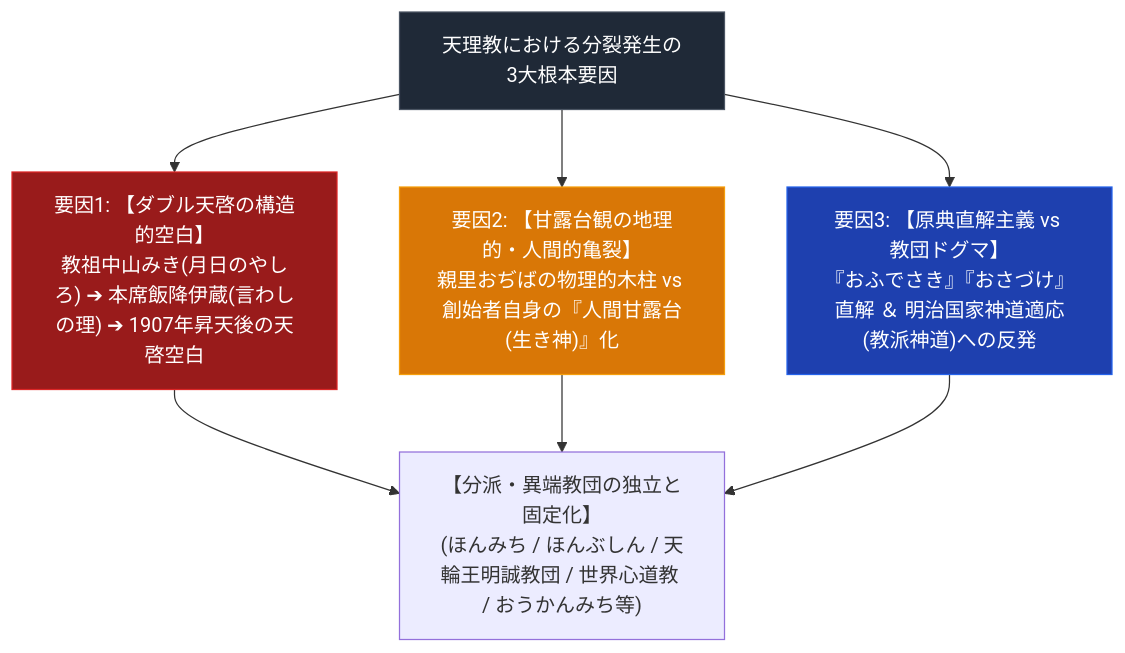
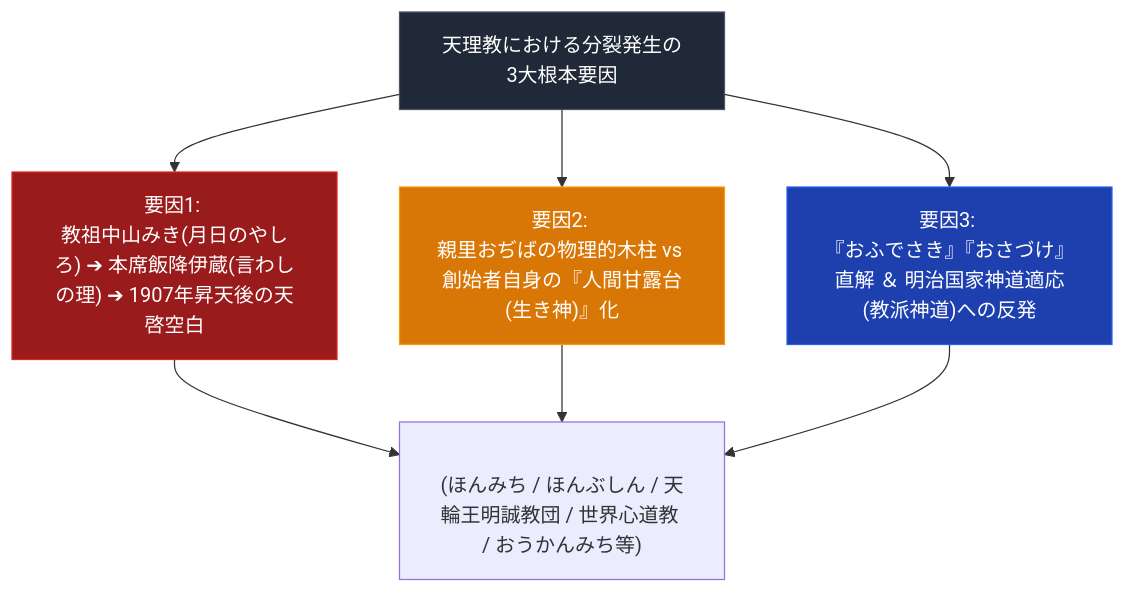
The diagram in content/01_宗派・異端研究/08_比較・史論・ハブ/天理教の分裂の系譜.md (iida-masashi/religion-garden), drawn with Mermaid before and after one commit. The commit also changed other lines of this file and 251 other files, not shown here.

````diff
--- a/content/01_宗派・異端研究/08_比較・史論・ハブ/天理教の分裂の系譜.md
+++ b/content/01_宗派・異端研究/08_比較・史論・ハブ/天理教の分裂の系譜.md
@@ -23,13 +23,13 @@
 ```mermaid
 graph TD
-    A["<div style='color:#ffffff;'>天理教における分裂発生の3大根本要因</div>"] --> B1["<div style='color:#ffffff;'>要因1: 【ダブル天啓の構造的空白】<br>教祖中山みき(月日のやしろ) ➔ 本席飯降伊蔵(言わしの理) ➔ 1907年昇天後の天啓空白</div>"]
-    A --> B2["要因2: 【甘露台観の地理的・人間的亀裂】<br>親里おぢばの物理的木柱 vs 創始者自身の『人間甘露台(生き神)』化"]
-    A --> B3["<div style='color:#ffffff;'>要因3: 【原典直解主義 vs 教団ドグマ】<br>『おふでさき』『おさづけ』直解 ＆ 明治国家神道適応(教派神道)への反発</div>"]
-    
-    B1 & B2 & B3 --> C["【分派・異端教団の独立と固定化】<br>(ほんみち / ほんぶしん / 天輪王明誠教団 / 世界心道教 / おうかんみち等)"]
-    
-    style A fill:#1f2937,stroke:#4b5563,color:#fff
-    style B1 fill:#991b1b,stroke:#dc2626,color:#fff
-    style B2 fill:#d97706,stroke:#f59e0b,color:#fff
-    style B3 fill:#1e40af,stroke:#2563eb,color:#fff
+A["<div style='color:#ffffff;'>天理教における分裂発生の3大根本要因</div>"] --> B1["<div style='color:#ffffff;'>要因1: <br>教祖中山みき(月日のやしろ) ➔ 本席飯降伊蔵(言わしの理) ➔ 1907年昇天後の天啓空白</div>"]
+A --> B2["要因2: <br>親里おぢばの物理的木柱 vs 創始者自身の『人間甘露台(生き神)』化"]
+A --> B3["<div style='color:#ffffff;'>要因3: <br>『おふでさき』『おさづけ』直解 ＆ 明治国家神道適応(教派神道)への反発</div>"]
+
+B1 & B2 & B3 --> C["<br>(ほんみち / ほんぶしん / 天輪王明誠教団 / 世界心道教 / おうかんみち等)"]
+
+style A fill:#1f2937,stroke:#4b5563,color:#fff
+style B1 fill:#991b1b,stroke:#dc2626,color:#fff
+style B2 fill:#d97706,stroke:#f59e0b,color:#fff
+style B3 fill:#1e40af,stroke:#2563eb,color:#fff
 ```
````
